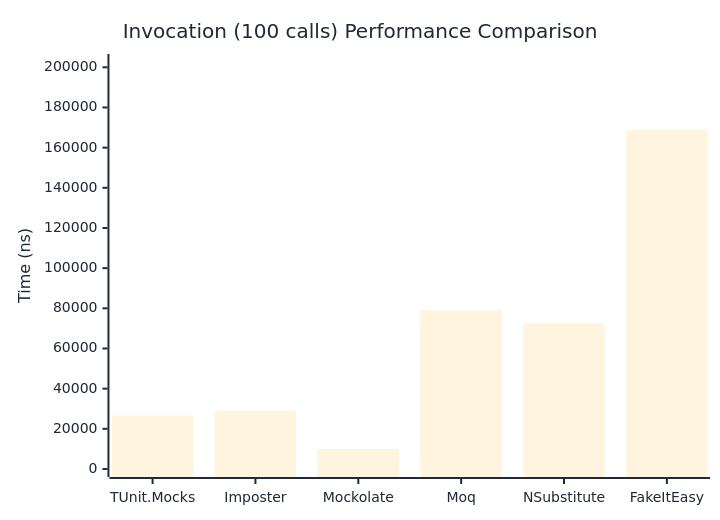
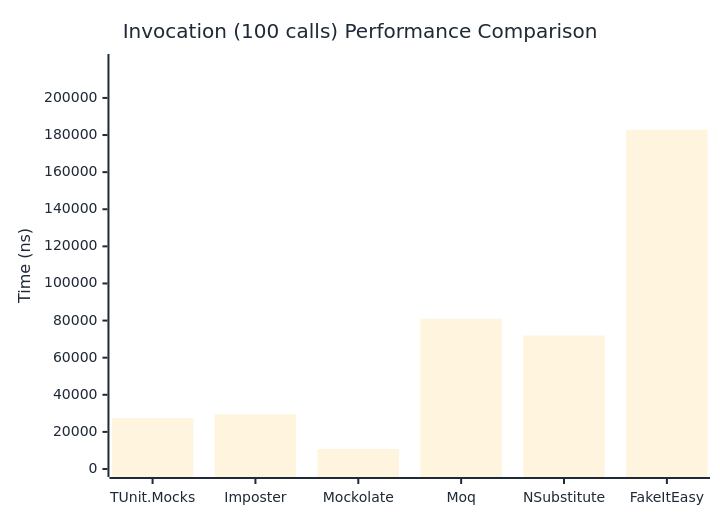
The third of 3 diagrams in docs/docs/benchmarks/mocks/Invocation.md (thomhurst/TUnit), drawn with Mermaid before and after one commit. The commit also changed other lines of this file and 14 other files, not shown here.

````diff
--- a/docs/docs/benchmarks/mocks/Invocation.md
+++ b/docs/docs/benchmarks/mocks/Invocation.md
@@ -112,27 +112,27 @@
 ```mermaid
 %%{init: {
   'theme':'base',
   'themeVariables': {
     'primaryColor': '#2563eb',
     'primaryTextColor': '#1f2937',
     'primaryBorderColor': '#1e40af',
     'lineColor': '#6b7280',
     'secondaryColor': '#7c3aed',
     'tertiaryColor': '#dc2626',
     'background': '#ffffff',
     'pie1': '#2563eb',
     'pie2': '#7c3aed',
     'pie3': '#dc2626',
     'pie4': '#f59e0b',
     'pie5': '#10b981',
     'pie6': '#06b6d4',
     'pie7': '#ec4899',
     'pie8': '#6366f1'
   }
 }}%%
 xychart-beta
   title "Invocation (100 calls) Performance Comparison"
   x-axis ["TUnit.Mocks", "Imposter", "Mockolate", "Moq", "NSubstitute", "FakeItEasy"]
-  y-axis "Time (ns)" 0 --> 202635
-  bar [26671.33, 28938.89, 10042.6, 78976.75, 72723.1, 168862.28]
+  y-axis "Time (ns)" 0 --> 219368
+  bar [27483.25, 29486.85, 10781.25, 80958.08, 71919.88, 182805.97]
 ```
````
